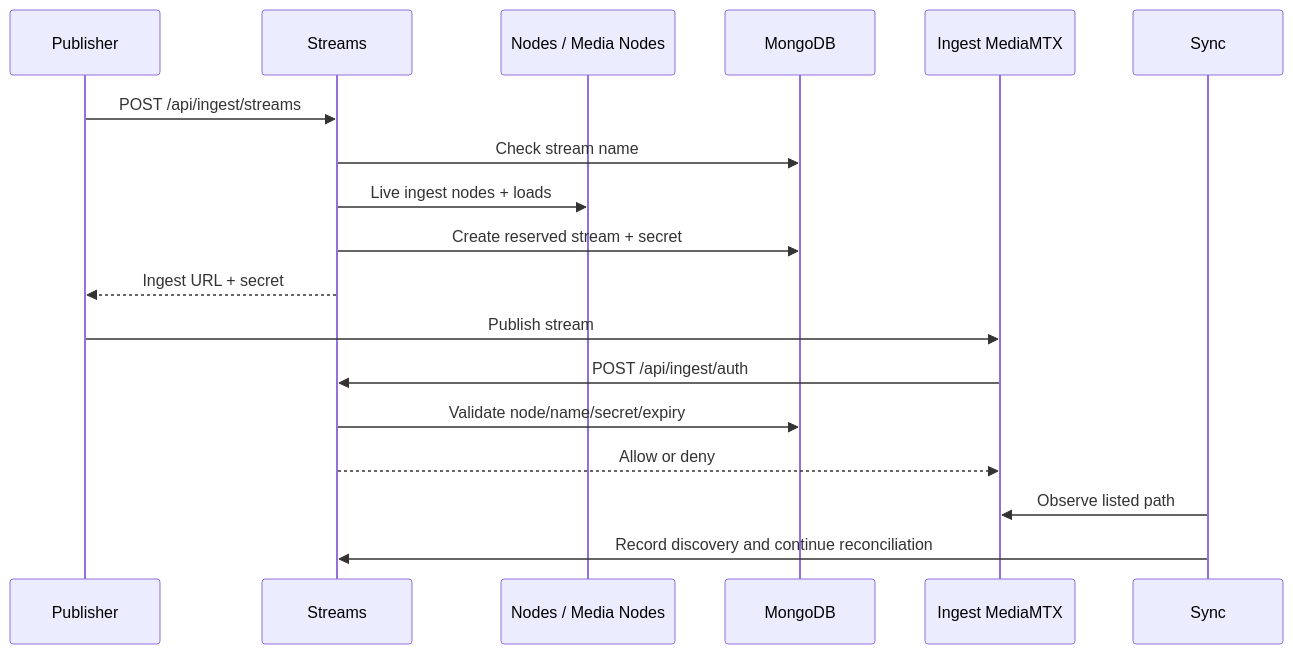
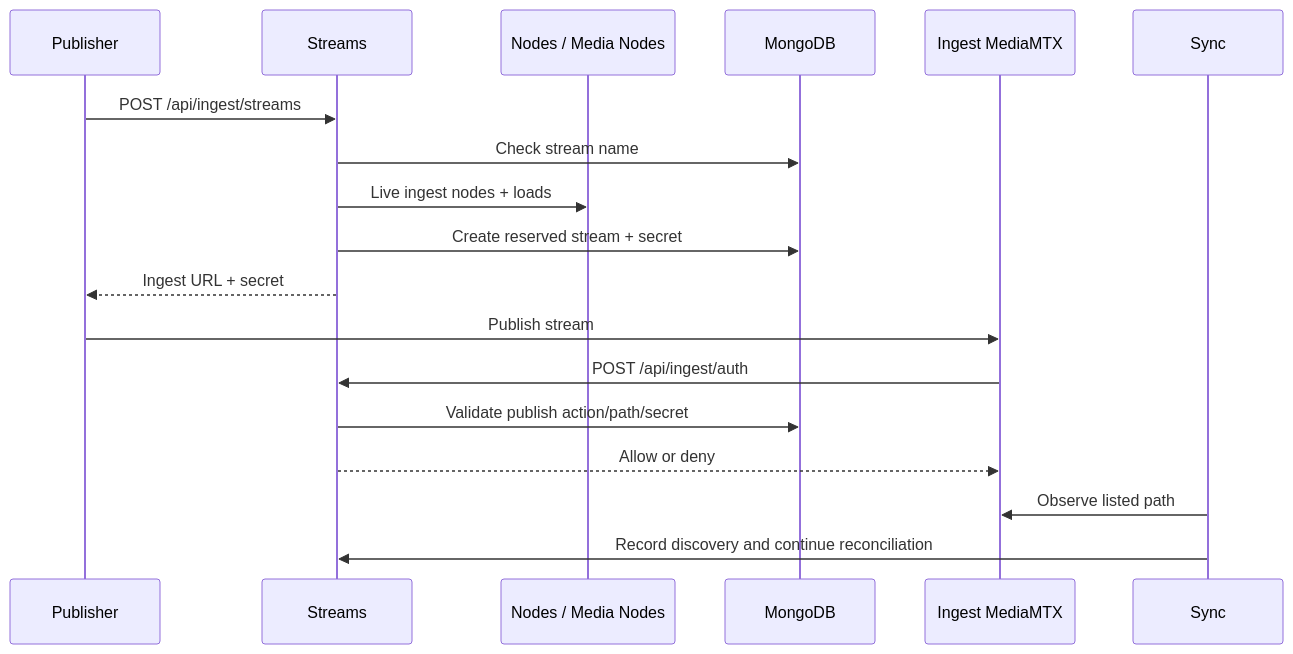
Before and after one commit to emanuel74-bit/media-sync: the diagram in docs/subsystems/stream-reservation-and-publication.md, drawn with Mermaid. The commit also changed other lines of this file and 16 other files, not shown here.

Commit message:
docs: reconcile and archive architecture documentation

````diff
--- a/docs/subsystems/stream-reservation-and-publication.md
+++ b/docs/subsystems/stream-reservation-and-publication.md
@@ -38,20 +39,20 @@
 ```mermaid
 sequenceDiagram
     participant P as Publisher
     participant S as Streams
     participant N as Nodes / Media Nodes
     participant D as MongoDB
     participant M as Ingest MediaMTX
     participant Y as Sync
     P->>S: POST /api/ingest/streams
     S->>D: Check stream name
     S->>N: Live ingest nodes + loads
     S->>D: Create reserved stream + secret
     S-->>P: Ingest URL + secret
     P->>M: Publish stream
     M->>S: POST /api/ingest/auth
-    S->>D: Validate node/name/secret/expiry
+    S->>D: Validate publish action/path/secret
     S-->>M: Allow or deny
     Y->>M: Observe listed path
     Y->>S: Record discovery and continue reconciliation
 ```
````
